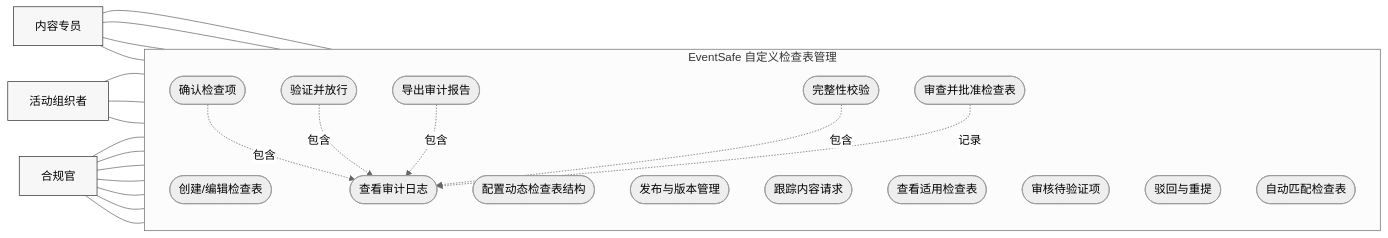
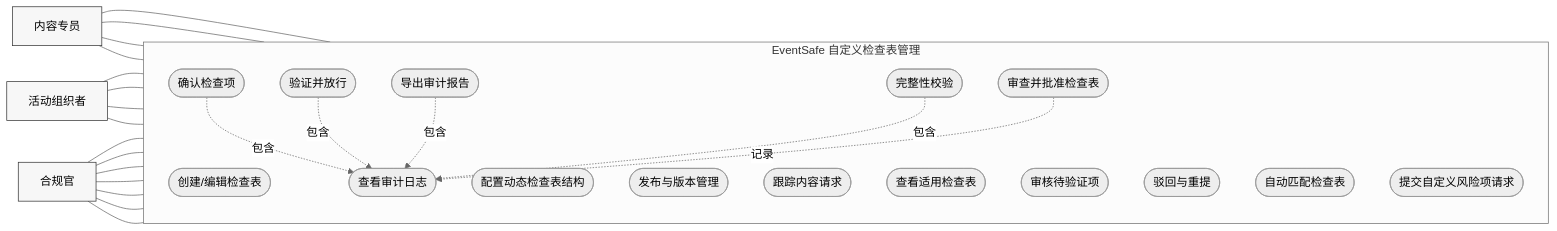
One commit to melvinchia3636/sd-ga-assets changed the diagram in use-case.mmd. Above: the diagram before and after it, drawn with Mermaid (neutral theme). The commit also changed 3 other files, not shown here.

Commit message:
Add custom risk item request flow

```diff
--- a/use-case.mmd
+++ b/use-case.mmd
@@ -1,46 +1,48 @@
 flowchart LR
   CS["内容专员"]
   CO["合规官"]
   EO["活动组织者"]
 
   subgraph SYS["EventSafe 自定义检查表管理"]
     direction TB
     UC1(["创建/编辑检查表"])
     UC2(["配置动态检查表结构"])
     UC3(["发布与版本管理"])
     UC4(["跟踪内容请求"])
     UC5(["查看适用检查表"])
     UC6(["确认检查项"])
     UC7(["审核待验证项"])
     UC8(["验证并放行"])
     UC9(["驳回与重提"])
     UC10(["查看审计日志"])
     UC11(["导出审计报告"])
     UC12(["完整性校验"])
     UC13(["审查并批准检查表"])
     UC14(["自动匹配检查表"])
+    UC15(["提交自定义风险项请求"])
   end
 
   CS --- UC1
   CS --- UC2
   CS --- UC3
   CS --- UC4
   EO --- UC5
   EO --- UC6
   EO --- UC14
+  EO --- UC15
   CO --- UC7
   CO --- UC8
   CO --- UC9
   CO --- UC10
   CO --- UC11
   CO --- UC12
   CO --- UC13
 
   UC6 -.->|包含| UC10
   UC8 -.->|包含| UC10
   UC11 -.->|包含| UC10
   UC12 -.->|包含| UC10
   UC13 -.->|记录| UC10
 
   classDef actor fill:#f7f7f7,stroke:#333,stroke-width:1px
   class CS,CO,EO actor
```
